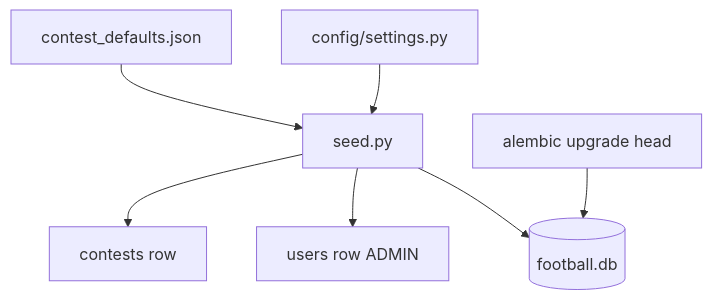
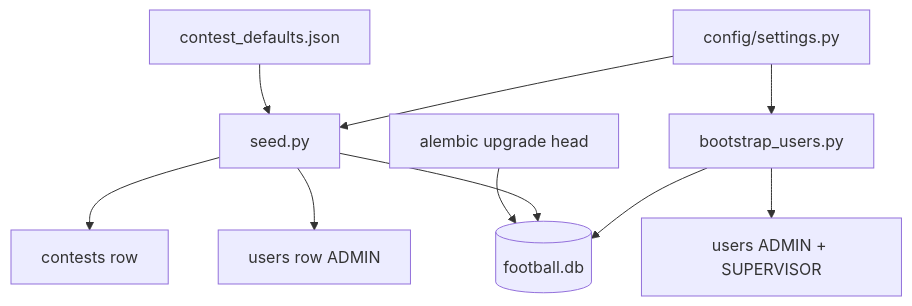
The diagram in manuals/CONFIG.md (VladimirPyat/football_prog), drawn with Mermaid before and after one commit. The commit also changed other lines of this file and 37 other files, not shown here.

````diff
--- a/manuals/CONFIG.md
+++ b/manuals/CONFIG.md
@@ -148,9 +182,12 @@
 ```mermaid
 flowchart TD
     A[contest_defaults.json] --> B[seed.py]
     C[config/settings.py] --> B
     B --> D[contests row]
     B --> E[users row ADMIN]
+    H[bootstrap_users.py] --> I[users ADMIN + SUPERVISOR]
+    C --> H
     F[alembic upgrade head] --> G[(football.db)]
     B --> G
+    H --> G
 ```
````
